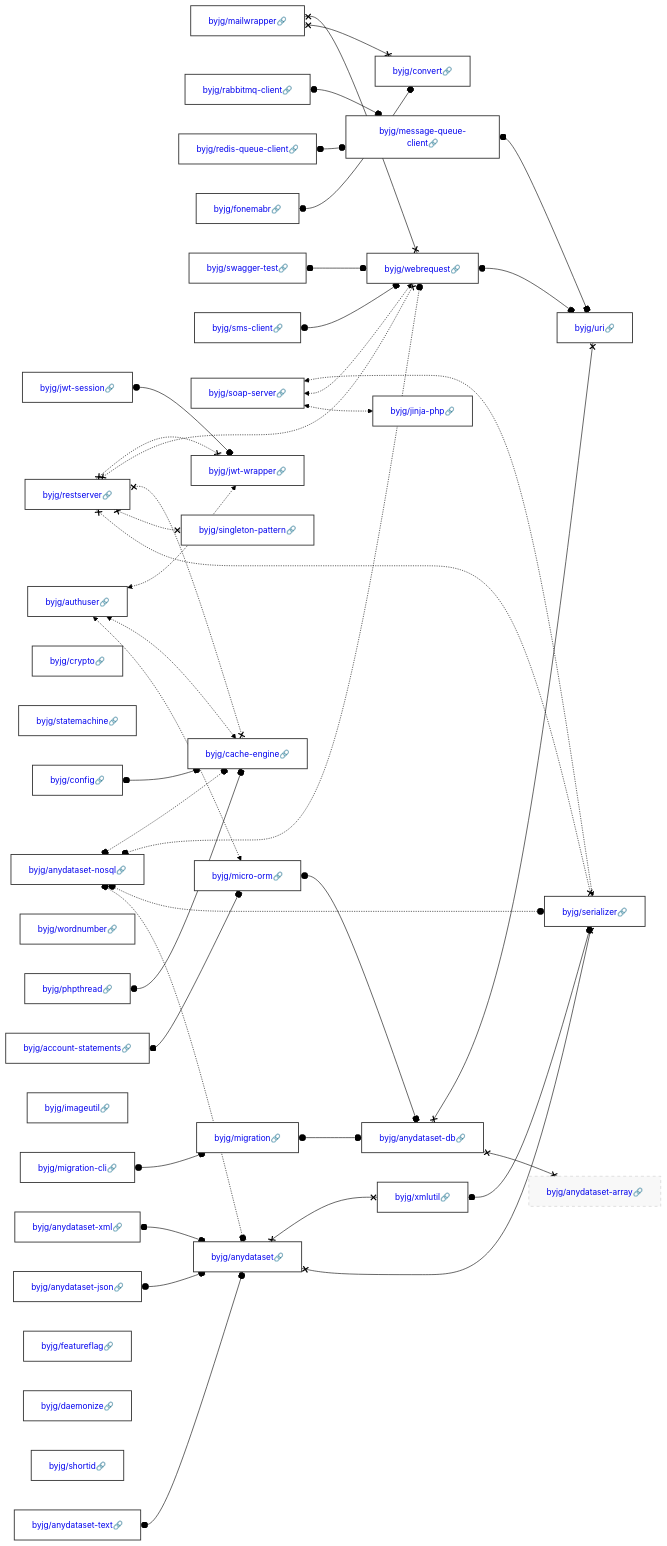
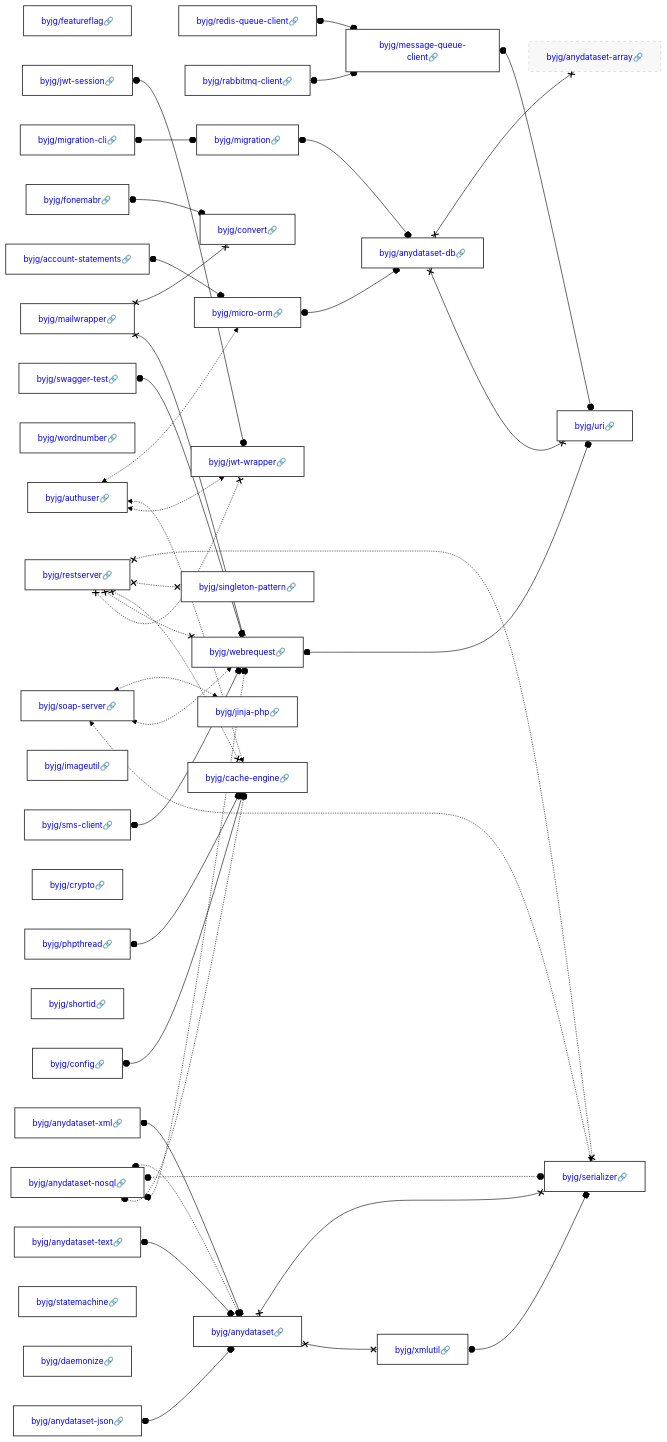
One commit to byjg/byjg.github.io changed the diagram in docs/php/README.md. Above: the diagram before and after it, drawn with Mermaid (forest theme). The commit also changed other lines of this file and 4 other files, not shown here.

Commit message:
Update documentation 'php' 'php-anydataset-xml'

````diff
--- a/docs/php/README.md
+++ b/docs/php/README.md
@@ -3,45 +3,45 @@
 ```mermaid
 graph LR;
+  byjg/featureflag[<a href='https://opensource.byjg.com/docs/php/featureflag' style='text-decoration:none'>byjg/featureflag🔗</a>];
+  byjg/swagger-test[<a href='https://opensource.byjg.com/docs/php/swagger-test' style='text-decoration:none'>byjg/swagger-test🔗</a>];
+  byjg/sms-client[<a href='https://opensource.byjg.com/docs/php/sms-client' style='text-decoration:none'>byjg/sms-client🔗</a>];
   byjg/jwt-session[<a href='https://opensource.byjg.com/docs/php/jwt-session' style='text-decoration:none'>byjg/jwt-session🔗</a>];
-  byjg/account-statements[<a href='https://opensource.byjg.com/docs/php/account-statements' style='text-decoration:none'>byjg/account-statements🔗</a>];
-  byjg/anydataset-text[<a href='https://opensource.byjg.com/docs/php/anydataset-text' style='text-decoration:none'>byjg/anydataset-text🔗</a>];
-  byjg/crypto[<a href='https://opensource.byjg.com/docs/php/crypto' style='text-decoration:none'>byjg/crypto🔗</a>];
-  byjg/statemachine[<a href='https://opensource.byjg.com/docs/php/statemachine' style='text-decoration:none'>byjg/statemachine🔗</a>];
-  byjg/mailwrapper[<a href='https://opensource.byjg.com/docs/php/mailwrapper' style='text-decoration:none'>byjg/mailwrapper🔗</a>];
-  byjg/phpthread[<a href='https://opensource.byjg.com/docs/php/phpthread' style='text-decoration:none'>byjg/phpthread🔗</a>];
-  byjg/rabbitmq-client[<a href='https://opensource.byjg.com/docs/php/rabbitmq-client' style='text-decoration:none'>byjg/rabbitmq-client🔗</a>];
-  byjg/redis-queue-client[<a href='https://opensource.byjg.com/docs/php/redis-queue-client' style='text-decoration:none'>byjg/redis-queue-client🔗</a>];
   byjg/restserver[<a href='https://opensource.byjg.com/docs/php/restserver' style='text-decoration:none'>byjg/restserver🔗</a>];
+  byjg/authuser[<a href='https://opensource.byjg.com/docs/php/authuser' style='text-decoration:none'>byjg/authuser🔗</a>];
+  byjg/migration-cli[<a href='https://opensource.byjg.com/docs/php/migration-cli' style='text-decoration:none'>byjg/migration-cli🔗</a>];
   byjg/wordnumber[<a href='https://opensource.byjg.com/docs/php/wordnumber' style='text-decoration:none'>byjg/wordnumber🔗</a>];
   byjg/fonemabr[<a href='https://opensource.byjg.com/docs/php/fonemabr' style='text-decoration:none'>byjg/fonemabr🔗</a>];
-  byjg/authuser[<a href='https://opensource.byjg.com/docs/php/authuser' style='text-decoration:none'>byjg/authuser🔗</a>];
-  byjg/swagger-test[<a href='https://opensource.byjg.com/docs/php/swagger-test' style='text-decoration:none'>byjg/swagger-test🔗</a>];
+  byjg/soap-server[<a href='https://opensource.byjg.com/docs/php/soap-server' style='text-decoration:none'>byjg/soap-server🔗</a>];
+  byjg/redis-queue-client[<a href='https://opensource.byjg.com/docs/php/redis-queue-client' style='text-decoration:none'>byjg/redis-queue-client🔗</a>];
   byjg/anydataset-xml[<a href='https://opensource.byjg.com/docs/php/anydataset-xml' style='text-decoration:none'>byjg/anydataset-xml🔗</a>];
   byjg/imageutil[<a href='https://opensource.byjg.com/docs/php/imageutil' style='text-decoration:none'>byjg/imageutil🔗</a>];
+  byjg/rabbitmq-client[<a href='https://opensource.byjg.com/docs/php/rabbitmq-client' style='text-decoration:none'>byjg/rabbitmq-client🔗</a>];
+  byjg/phpthread[<a href='https://opensource.byjg.com/docs/php/phpthread' style='text-decoration:none'>byjg/phpthread🔗</a>];
+  byjg/crypto[<a href='https://opensource.byjg.com/docs/php/crypto' style='text-decoration:none'>byjg/crypto🔗</a>];
   byjg/config[<a href='https://opensource.byjg.com/docs/php/config' style='text-decoration:none'>byjg/config🔗</a>];
-  byjg/migration-cli[<a href='https://opensource.byjg.com/docs/php/migration-cli' style='text-decoration:none'>byjg/migration-cli🔗</a>];
+  byjg/shortid[<a href='https://opensource.byjg.com/docs/php/shortid' style='text-decoration:none'>byjg/shortid🔗</a>];
+  byjg/mailwrapper[<a href='https://opensource.byjg.com/docs/php/mailwrapper' style='text-decoration:none'>byjg/mailwrapper🔗</a>];
+  byjg/anydataset-json[<a href='https://opensource.byjg.com/docs/php/anydataset-json' style='text-decoration:none'>byjg/anydataset-json🔗</a>];
+  byjg/anydataset-text[<a href='https://opensource.byjg.com/docs/php/anydataset-text' style='text-decoration:none'>byjg/anydataset-text🔗</a>];
   byjg/anydataset-nosql[<a href='https://opensource.byjg.com/docs/php/anydataset-nosql' style='text-decoration:none'>byjg/anydataset-nosql🔗</a>];
-  byjg/sms-client[<a href='https://opensource.byjg.com/docs/php/sms-client' style='text-decoration:none'>byjg/sms-client🔗</a>];
-  byjg/featureflag[<a href='https://opensource.byjg.com/docs/php/featureflag' style='text-decoration:none'>byjg/featureflag🔗</a>];
+  byjg/statemachine[<a href='https://opensource.byjg.com/docs/php/statemachine' style='text-decoration:none'>byjg/statemachine🔗</a>];
   byjg/daemonize[<a href='https://opensource.byjg.com/docs/php/daemonize' style='text-decoration:none'>byjg/daemonize🔗</a>];
-  byjg/shortid[<a href='https://opensource.byjg.com/docs/php/shortid' style='text-decoration:none'>byjg/shortid🔗</a>];
-  byjg/anydataset-json[<a href='https://opensource.byjg.com/docs/php/anydataset-json' style='text-decoration:none'>byjg/anydataset-json🔗</a>];
-  byjg/soap-server[<a href='https://opensource.byjg.com/docs/php/soap-server' style='text-decoration:none'>byjg/soap-server🔗</a>];
-  byjg/message-queue-client[<a href='https://opensource.byjg.com/docs/php/message-queue-client' style='text-decoration:none'>byjg/message-queue-client🔗</a>];
+  byjg/account-statements[<a href='https://opensource.byjg.com/docs/php/account-statements' style='text-decoration:none'>byjg/account-statements🔗</a>];
   byjg/singleton-pattern[<a href='https://opensource.byjg.com/docs/php/singleton-pattern' style='text-decoration:none'>byjg/singleton-pattern🔗</a>];
-  byjg/convert[<a href='https://opensource.byjg.com/docs/php/convert' style='text-decoration:none'>byjg/convert🔗</a>];
-  byjg/micro-orm[<a href='https://opensource.byjg.com/docs/php/micro-orm' style='text-decoration:none'>byjg/micro-orm🔗</a>];
   byjg/jwt-wrapper[<a href='https://opensource.byjg.com/docs/php/jwt-wrapper' style='text-decoration:none'>byjg/jwt-wrapper🔗</a>];
   byjg/migration[<a href='https://opensource.byjg.com/docs/php/migration' style='text-decoration:none'>byjg/migration🔗</a>];
+  byjg/jinja-php[<a href='https://opensource.byjg.com/docs/php/jinja-php' style='text-decoration:none'>byjg/jinja-php🔗</a>];
+  byjg/message-queue-client[<a href='https://opensource.byjg.com/docs/php/message-queue-client' style='text-decoration:none'>byjg/message-queue-client🔗</a>];
+  byjg/convert[<a href='https://opensource.byjg.com/docs/php/convert' style='text-decoration:none'>byjg/convert🔗</a>];
+  byjg/anydataset[<a href='https://opensource.byjg.com/docs/php/anydataset' style='text-decoration:none'>byjg/anydataset🔗</a>];
+  byjg/webrequest[<a href='https://opensource.byjg.com/docs/php/webrequest' style='text-decoration:none'>byjg/webrequest🔗</a>];
   byjg/cache-engine[<a href='https://opensource.byjg.com/docs/php/cache-engine' style='text-decoration:none'>byjg/cache-engine🔗</a>];
-  byjg/anydataset[<a href='https://opensource.byjg.com/docs/php/anydataset' style='text-decoration:none'>byjg/anydataset🔗</a>];
-  byjg/jinja-php[<a href='https://opensource.byjg.com/docs/php/jinja-php' style='text-decoration:none'>byjg/jinja-php🔗</a>];
-  byjg/webrequest[<a href='https://opensource.byjg.com/docs/php/webrequest' style='text-decoration:none'>byjg/webrequest🔗</a>];
+  byjg/micro-orm[<a href='https://opensource.byjg.com/docs/php/micro-orm' style='text-decoration:none'>byjg/micro-orm🔗</a>];
+  byjg/xmlutil[<a href='https://opensource.byjg.com/docs/php/xmlutil' style='text-decoration:none'>byjg/xmlutil🔗</a>];
   byjg/anydataset-db[<a href='https://opensource.byjg.com/docs/php/anydataset-db' style='text-decoration:none'>byjg/anydataset-db🔗</a>];
-  byjg/xmlutil[<a href='https://opensource.byjg.com/docs/php/xmlutil' style='text-decoration:none'>byjg/xmlutil🔗</a>];
+  byjg/serializer[<a href='https://opensource.byjg.com/docs/php/serializer' style='text-decoration:none'>byjg/serializer🔗</a>];
   byjg/anydataset-array[<a href='https://opensource.byjg.com/docs/php/anydataset-array' style='text-decoration:none'>byjg/anydataset-array🔗</a>];
   byjg/uri[<a href='https://opensource.byjg.com/docs/php/uri' style='text-decoration:none'>byjg/uri🔗</a>];
-  byjg/serializer[<a href='https://opensource.byjg.com/docs/php/serializer' style='text-decoration:none'>byjg/serializer🔗</a>];
   byjg/xmlutil o--o byjg/serializer;
   byjg/rabbitmq-client o--o byjg/message-queue-client;
   byjg/anydataset x--x byjg/serializer;
@@ -63,6 +63,7 @@
   byjg/account-statements o--o byjg/micro-orm;
   byjg/fonemabr o--o byjg/convert;
   byjg/redis-queue-client o--o byjg/message-queue-client;
+  byjg/anydataset-xml o--o byjg/anydataset;
   byjg/anydataset-text o--o byjg/anydataset;
   byjg/config o--o byjg/cache-engine;
   byjg/restserver x-.-x byjg/serializer;
@@ -80,7 +81,6 @@
   byjg/authuser <-.-> byjg/jwt-wrapper;
   byjg/sms-client o--o byjg/webrequest;
   byjg/micro-orm o--o byjg/anydataset-db;
-  byjg/anydataset-xml o--o byjg/anydataset;
   classDef default fill:#ffffff,stroke:#333,stroke-width:1.5px,color:#000,font-size:14px;
   classDef highlight fill:#ffef96,stroke:#ff9900,stroke-width:3px;
   classDef deprecated fill:#f8f8f8,stroke:#cccccc,stroke-dasharray: 5 5,stroke-width:1px,color:#999;
````
